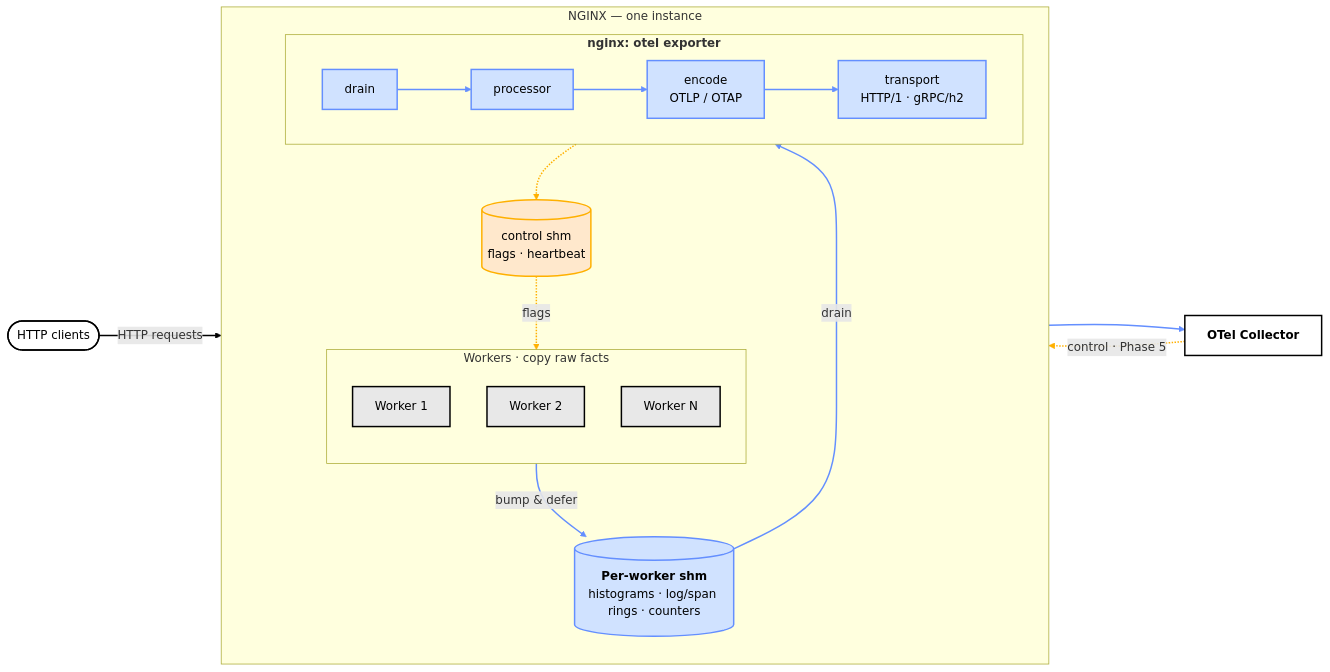
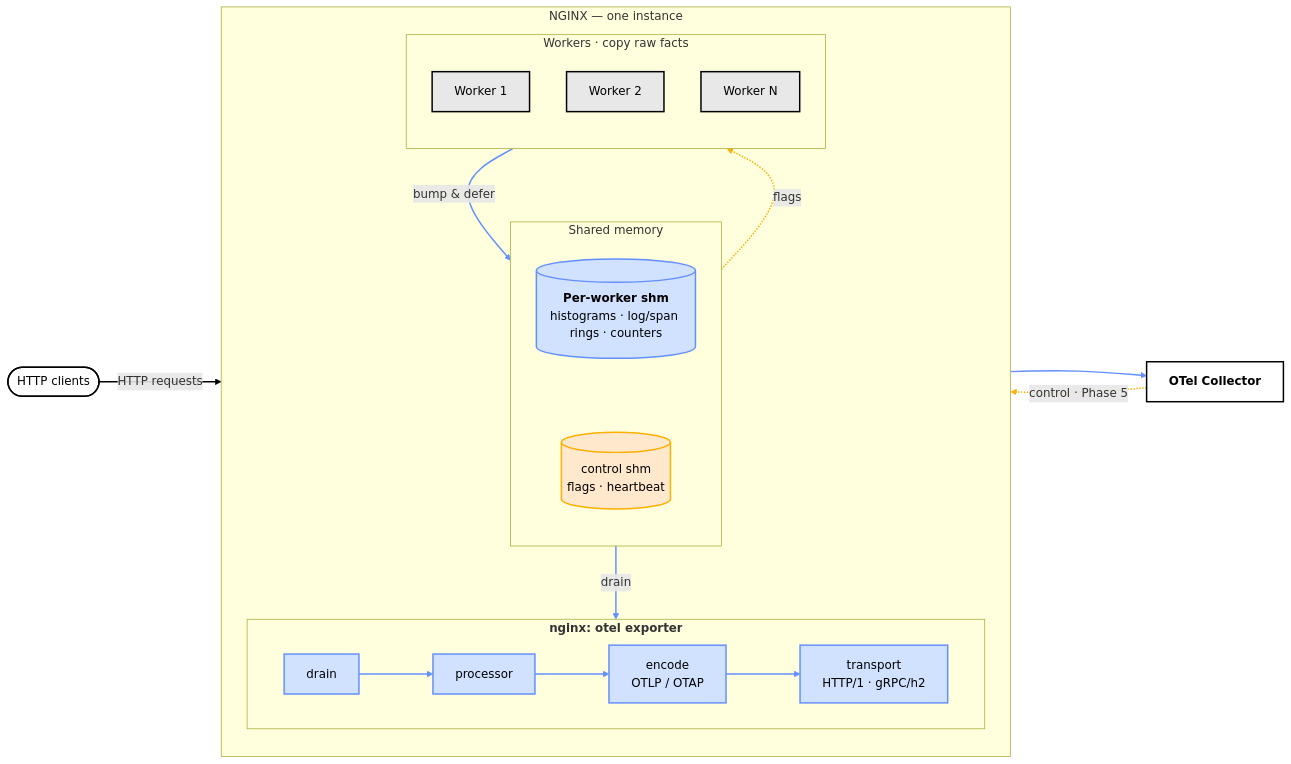
The diagram in README.md (CVanF5/ngx-otel-rust), drawn with Mermaid before and after one commit.

Commit message:
docs(readme): group the two shm cylinders in the middle (fix control-shm off-right)
Wrap per-worker shm + control shm in a Shared memory box bound by an invisible link so they sit together in the middle (control-shm was being ranked to the far right by the transport-to-control edge). Drop that edge; the exporter-writes-flags step is stated in the caption. Exporter stays LR.

````diff
--- a/README.md
+++ b/README.md
@@ -70,39 +70,42 @@
 ```mermaid
 flowchart LR
     Client(["HTTP clients"]):::ext
 
     subgraph NGINX["NGINX — one instance"]
         direction TB
         subgraph Workers["Workers · copy raw facts"]
             direction TB
             W1["Worker 1"]:::data
             W2["Worker 2"]:::data
             W3["Worker N"]:::data
         end
-        SHM[("<b>Per-worker shm</b><br/>histograms · log/span rings · counters")]:::tel
+        subgraph Shm["Shared memory"]
+            direction TB
+            SHM[("<b>Per-worker shm</b><br/>histograms · log/span rings · counters")]:::tel
+            Ctl[("control shm<br/>flags · heartbeat")]:::ctl
+            SHM ~~~ Ctl
+        end
         subgraph Exporter["<b>nginx: otel exporter</b>"]
             direction LR
             Drain["drain"]:::tel --> Proc["processor"]:::tel --> Encode["encode<br/>OTLP / OTAP"]:::tel --> Tx["transport<br/>HTTP/1 · gRPC/h2"]:::tel
         end
-        Ctl[("control shm<br/>flags · heartbeat")]:::ctl
     end
 
     Coll["<b>OTel Collector</b>"]:::ext
 
     Client -->|"HTTP requests"| Workers
     Workers -->|"bump &amp; defer"| SHM
     SHM -->|"drain"| Drain
     Tx --> Coll
     Coll -.->|"control · Phase 5"| Tx
-    Tx -.-> Ctl
     Ctl -.->|"flags"| Workers
 
     classDef data fill:#e8e8e8,stroke:#000000,stroke-width:2px,color:#000000;
     classDef tel fill:#d0e2ff,stroke:#648FFF,stroke-width:2px,color:#000000;
     classDef ctl fill:#ffe8cc,stroke:#FFB000,stroke-width:2px,color:#000000;
     classDef ext fill:#ffffff,stroke:#000000,stroke-width:2px,color:#000000;
 
-    linkStyle 0,1,2,4,5,6 stroke:#648FFF,stroke-width:2px;
-    linkStyle 3 stroke:#000000,stroke-width:2px;
-    linkStyle 7,8,9 stroke:#FFB000,stroke-width:2px;
+    linkStyle 1,2,3,5,6,7 stroke:#648FFF,stroke-width:2px;
+    linkStyle 4 stroke:#000000,stroke-width:2px;
+    linkStyle 8,9 stroke:#FFB000,stroke-width:2px;
 ```
````
